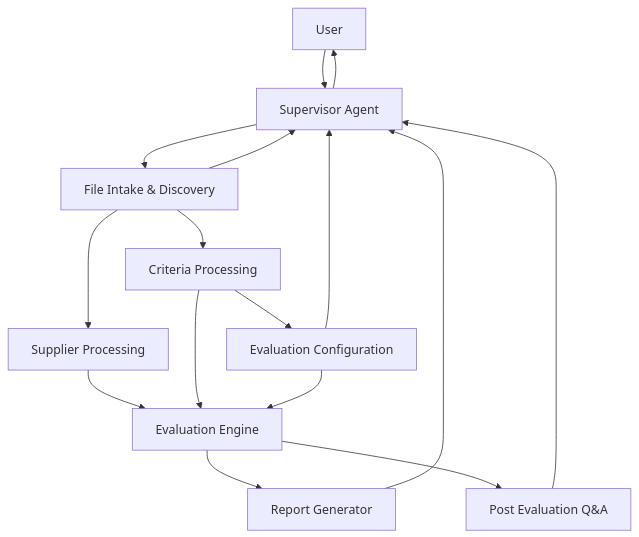
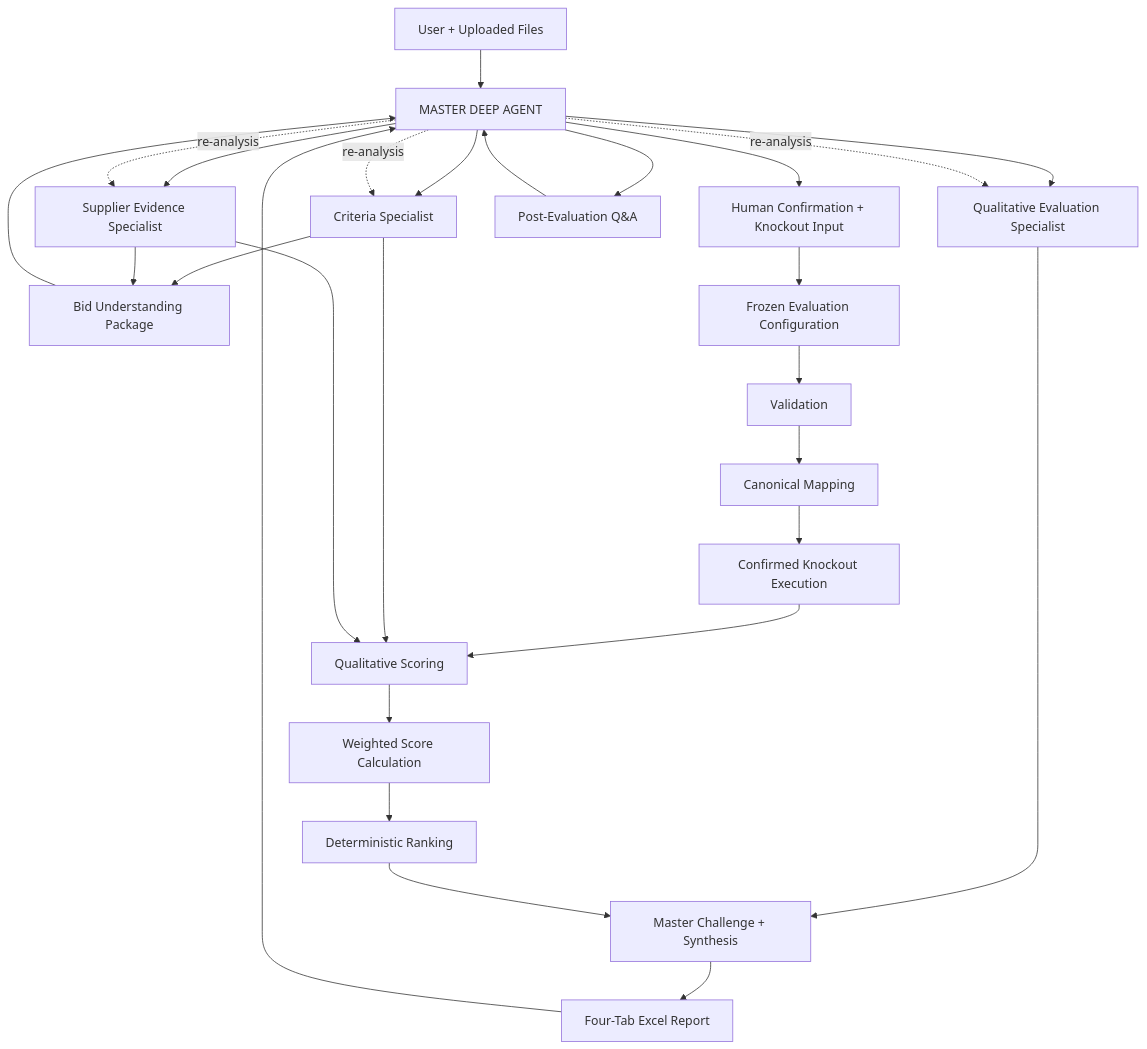
One commit to adityarane-ai/Agentic-Orchestrations changed the first of 2 diagrams in Bid Analysis Agent/04-System-Architecture.md. Above: the diagram before and after it, drawn with Mermaid. The commit also changed other lines of this file, not shown here.

Commit message:
Align system architecture with Master Deep Agent and HITL gate

````diff
--- a/Bid Analysis Agent/04-System-Architecture.md
+++ b/Bid Analysis Agent/04-System-Architecture.md
@@ -25,29 +21,49 @@
 ```mermaid
 flowchart TD
 
-U[User]
-S[Supervisor Agent]
-FI[File Intake & Discovery]
-CP[Criteria Processing]
-EC[Evaluation Configuration]
-SP[Supplier Processing]
-EE[Evaluation Engine]
-RG[Report Generator]
-QA[Post Evaluation Q&A]
+U[User + Uploaded Files]
+M[MASTER DEEP AGENT]
+C[Criteria Specialist]
+S[Supplier Evidence Specialist]
+E[Qualitative Evaluation Specialist]
+B[Bid Understanding Package]
+H[Human Confirmation + Knockout Input]
+CFG[Frozen Evaluation Configuration]
+V[Validation]
+MAP[Canonical Mapping]
+K[Confirmed Knockout Execution]
+Q[Qualitative Scoring]
+W[Weighted Score Calculation]
+R[Deterministic Ranking]
+SYN[Master Challenge + Synthesis]
+REP[Four-Tab Excel Report]
+QA[Post-Evaluation Q&A]
 
-U --> S
-S --> FI
-FI --> CP
-FI --> SP
-FI --> S
-CP --> EC
-EC --> S
-SP --> EE
-CP --> EE
-EC --> EE
-EE --> RG
-EE --> QA
-RG --> S
-QA --> S
-S --> U
+U --> M
+M --> C
+M --> S
+C --> B
+S --> B
+B --> M
+M --> H
+H --> CFG
+CFG --> V
+V --> MAP
+MAP --> K
+K --> Q
+C --> Q
+S --> Q
+M --> E
+E --> SYN
+Q --> W
+W --> R
+R --> SYN
+SYN --> REP
+REP --> M
+M --> QA
+QA --> M
+
+M -. re-analysis .-> C
+M -. re-analysis .-> S
+M -. re-analysis .-> E
 ```
````
